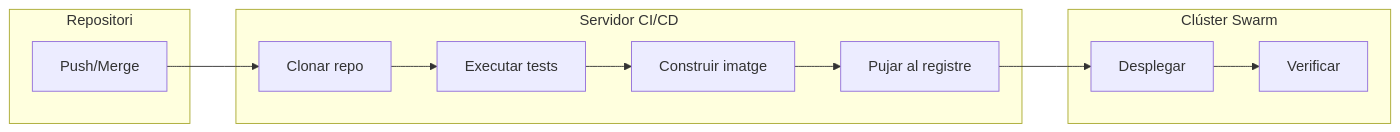
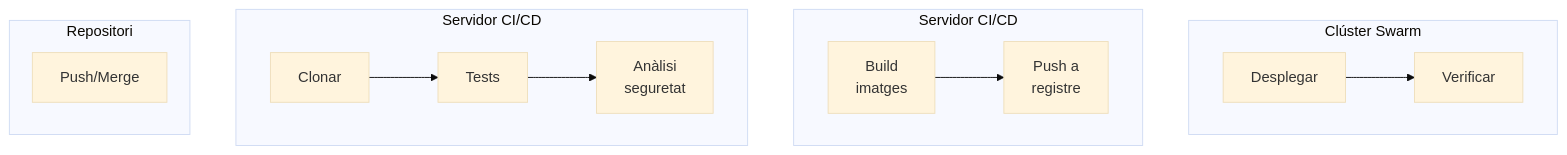
The diagram in content/ca/posts/docker/swarm/automation/index.md (jsabater/calabruix), drawn with Mermaid before and after one commit. The commit also changed other lines of this file and 1 other file, not shown here.

````diff
--- a/content/ca/posts/docker/swarm/automation/index.md
+++ b/content/ca/posts/docker/swarm/automation/index.md
@@ -303,20 +217,26 @@
-```mermaid
+{{< mermaid >}}
+%%{init: {'theme': 'base'}}%%
 flowchart LR
     subgraph repo["Repositori"]
         A[Push/Merge]
     end
-    
+
     subgraph ci["Servidor CI/CD"]
-        B[Clonar repo]
-        C[Executar tests]
-        D[Construir imatge]
-        E[Pujar al registre]
+        direction LR
+        B[Clonar] --> C[Tests] --> D[Anàlisi<br>seguretat]
     end
-    
+
+    subgraph cd["Servidor CI/CD"]
+        direction LR
+        E[Build<br>imatges] --> F[Push a<br>registre]
+    end
+
     subgraph cluster["Clúster Swarm"]
-        F[Desplegar]
-        G[Verificar]
+        direction LR
+        G[Desplegar] --> H[Verificar]
     end
-    
-    A --> B --> C --> D --> E --> F --> G
-```
+
+    A ~~~ B
+    D ~~~ E
+    F ~~~ G
+{{< /mermaid >}}
````
